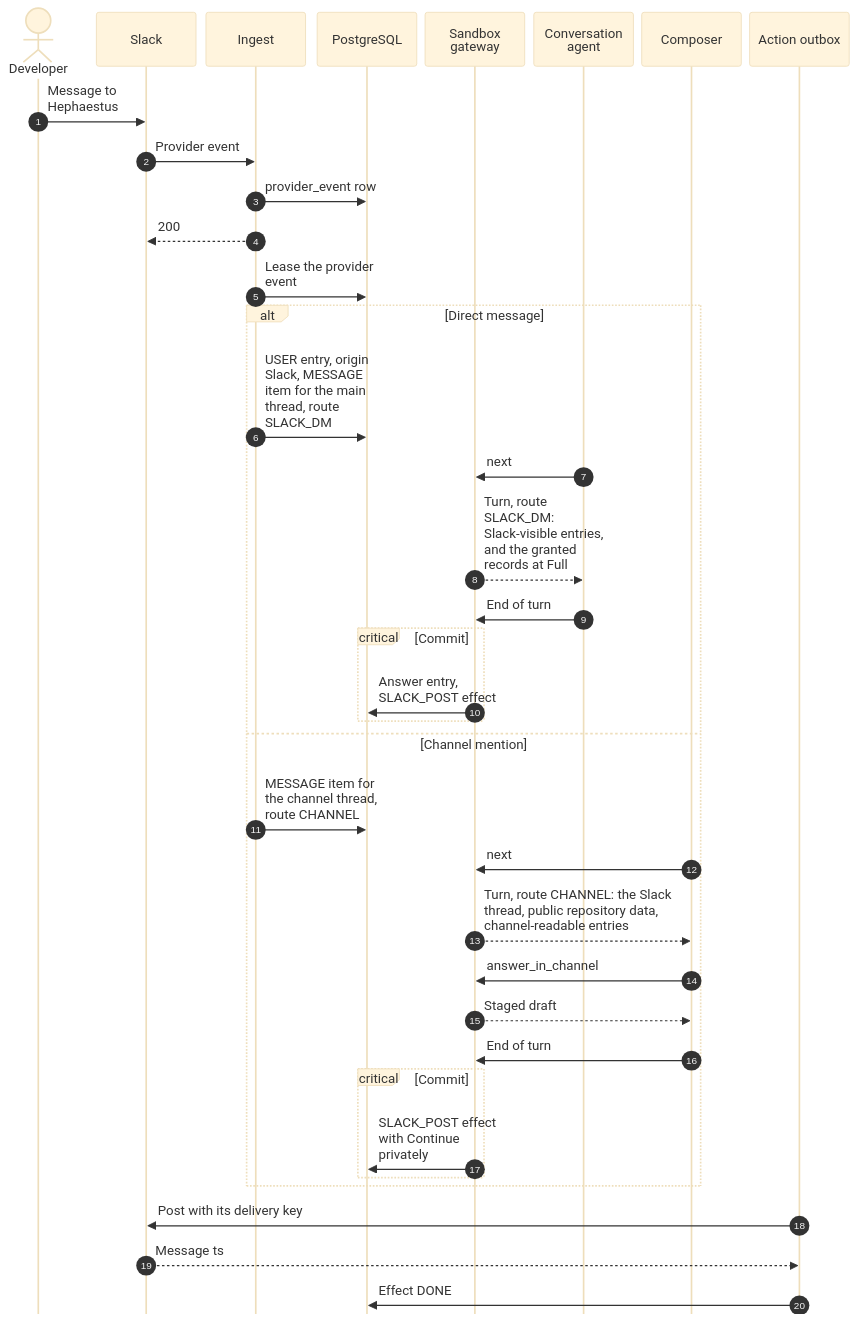
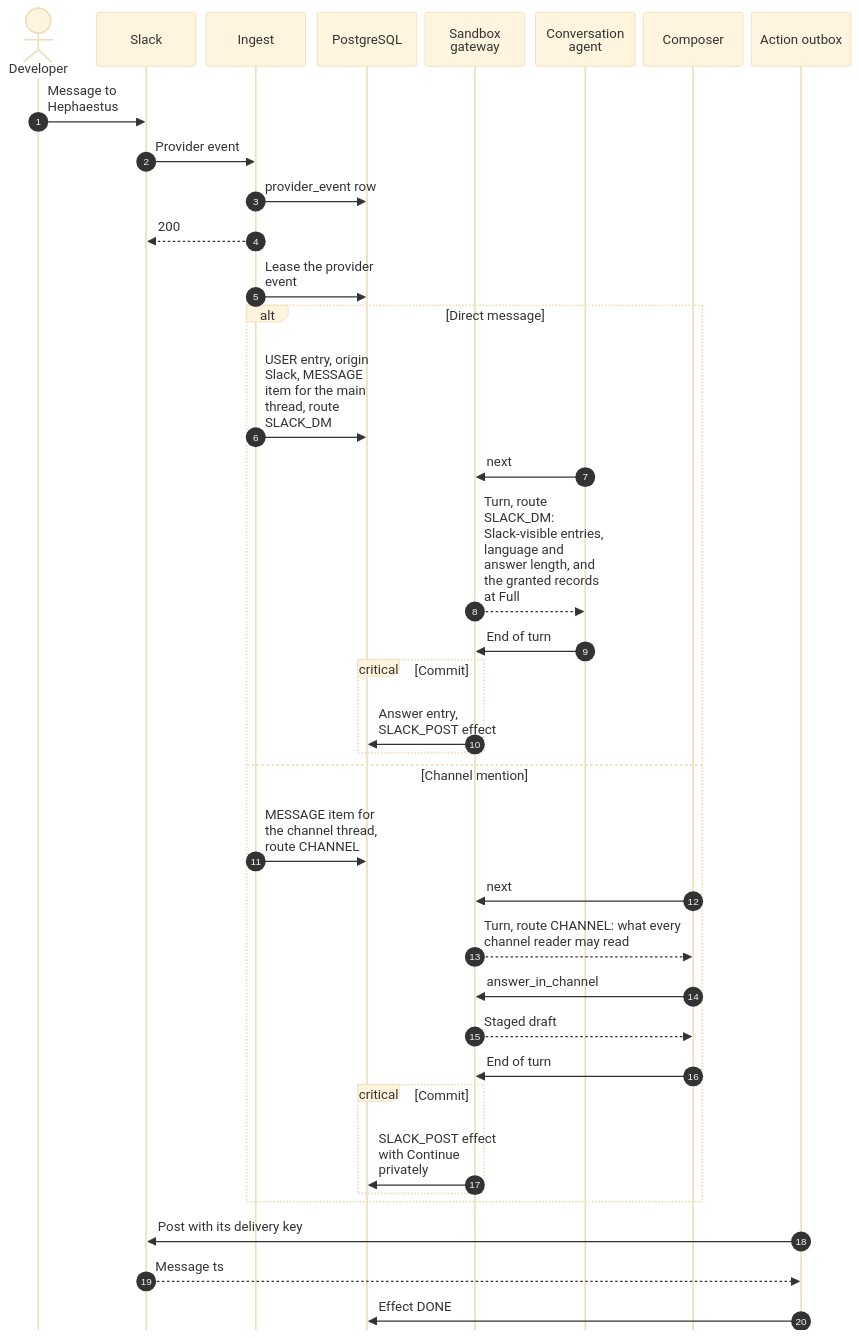
Before and after one commit to hephaestus-build/Hephaestus: diagram 12 of 12 in docs/contributor/conversation-core.mdx, drawn with Mermaid (base theme). The commit also changed other lines of this file and 1 other file, not shown here.

First line of the commit message:
docs: align the core page with the final owners of Slack, custody and decisions

````diff
--- a/docs/contributor/conversation-core.mdx
+++ b/docs/contributor/conversation-core.mdx
@@ -764,50 +798,50 @@
 ```mermaid
 ---
 config:
   sequence:
     actorMargin: 10
     width: 120
     wrap: true
     messageAlign: left
     mirrorActors: false
 ---
 sequenceDiagram
     accTitle: A Slack direct message and a Slack channel mention
-    accDescr: Slack sends a provider event. Ingest stores it in the provider event inbox and answers Slack. It then turns the event into an inbox item. A direct message goes to the main thread with the route SLACK_DM. The conversation agent answers from the Slack-visible entries, and under the Slack grant also from the person's help settings, goals and noted records. A channel mention goes to a shared channel thread with the route CHANNEL. The composer answers from the Slack thread, public repository data and channel-readable catalog entries. The action outbox posts each answer and confirms it.
+    accDescr: Slack sends a provider event. Ingest stores it in the provider event inbox and answers Slack. It then turns the event into an inbox item. A direct message goes to the main thread with the route SLACK_DM. The conversation agent answers from the Slack-visible entries and the person's language and answer length. Under the Slack grant, it also reads the person's other help settings, goals and noted records. A channel mention goes to a shared channel thread with the route CHANNEL. The composer answers only from sources that every channel reader may read: the Slack thread, public repository data and covered channel-readable catalog entries. The action outbox posts each answer and confirms it.
     autonumber
     actor D as Developer
     participant L as Slack
     participant I as Ingest
     participant DB as PostgreSQL
     participant G as Sandbox gateway
     participant M as Conversation agent
     participant C as Composer
     participant O as Action outbox
     D->>L: Message to Hephaestus
     L->>I: Provider event
     I->>DB: provider_event row
     I-->>L: 200
     I->>DB: Lease the provider event
     alt Direct message
         I->>DB: USER entry, origin Slack, MESSAGE item for the main thread, route SLACK_DM
         M->>G: next
-        G-->>M: Turn, route SLACK_DM: Slack-visible entries, and the granted records at Full
+        G-->>M: Turn, route SLACK_DM: Slack-visible entries, language and answer length, and the granted records at Full
         M->>G: End of turn
         critical Commit
             G->>DB: Answer entry, SLACK_POST effect
         end
     else Channel mention
         I->>DB: MESSAGE item for the channel thread, route CHANNEL
         C->>G: next
-        G-->>C: Turn, route CHANNEL: the Slack thread, public repository data, channel-readable entries
+        G-->>C: Turn, route CHANNEL: what every channel reader may read
         C->>G: answer_in_channel
         G-->>C: Staged draft
         C->>G: End of turn
         critical Commit
             G->>DB: SLACK_POST effect with Continue privately
         end
     end
     O->>L: Post with its delivery key
     L-->>O: Message ts
     O->>DB: Effect DONE
 ```
````
